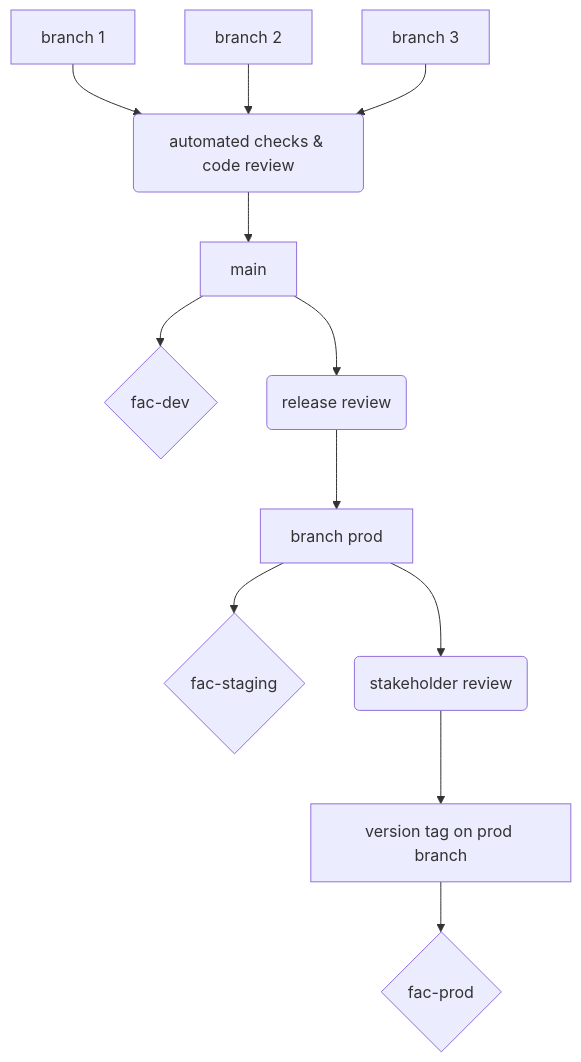
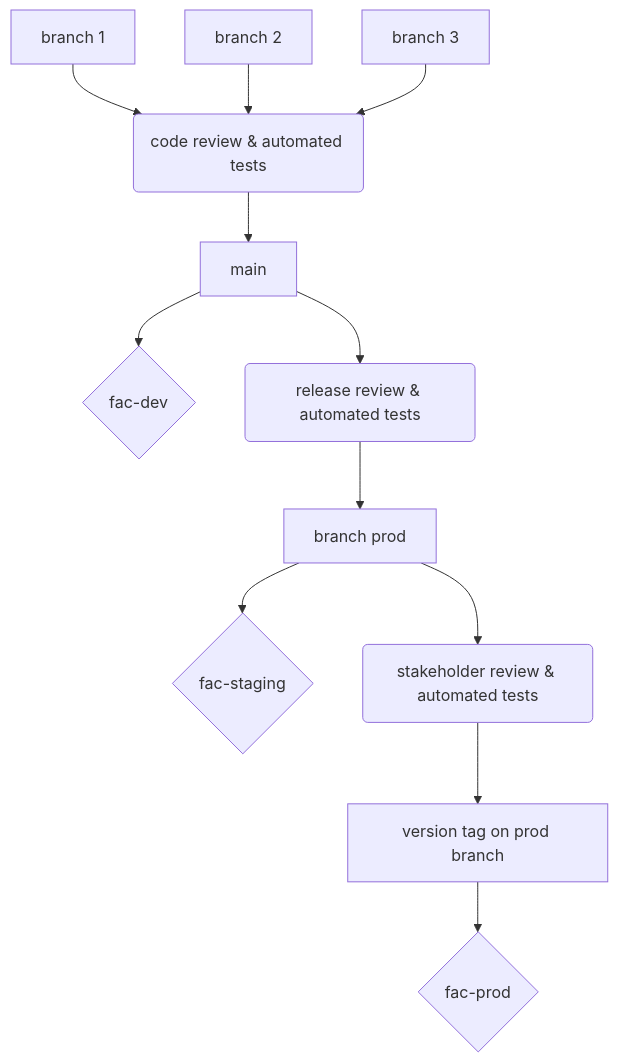
The first of 3 diagrams in docs/branching.md (GSA-TTS/FAC), drawn with Mermaid before and after one commit. The commit also changed other lines of this file and 1 other file, not shown here.

````diff
--- a/docs/branching.md
+++ b/docs/branching.md
@@ -16,14 +22,14 @@
 ```mermaid
 graph TD
     A[branch 1] --> PA
     B[branch 2] --> PA
     C[branch 3] --> PA
-    PA(automated checks & code review) --> BA[main]
+    PA( code review & automated tests) --> BA[main]
     BA --> EA{fac-dev}
-    BA --> PB(release review)
+    BA --> PB(release review & automated tests)
     PB --> BB[branch prod]
     BB --> EB{fac-staging}
-    BB --> PC(stakeholder review)
+    BB --> PC(stakeholder review & automated tests)
     PC --> BC[version tag on prod branch]
     BC --> EC{fac-prod}
 ```
````
